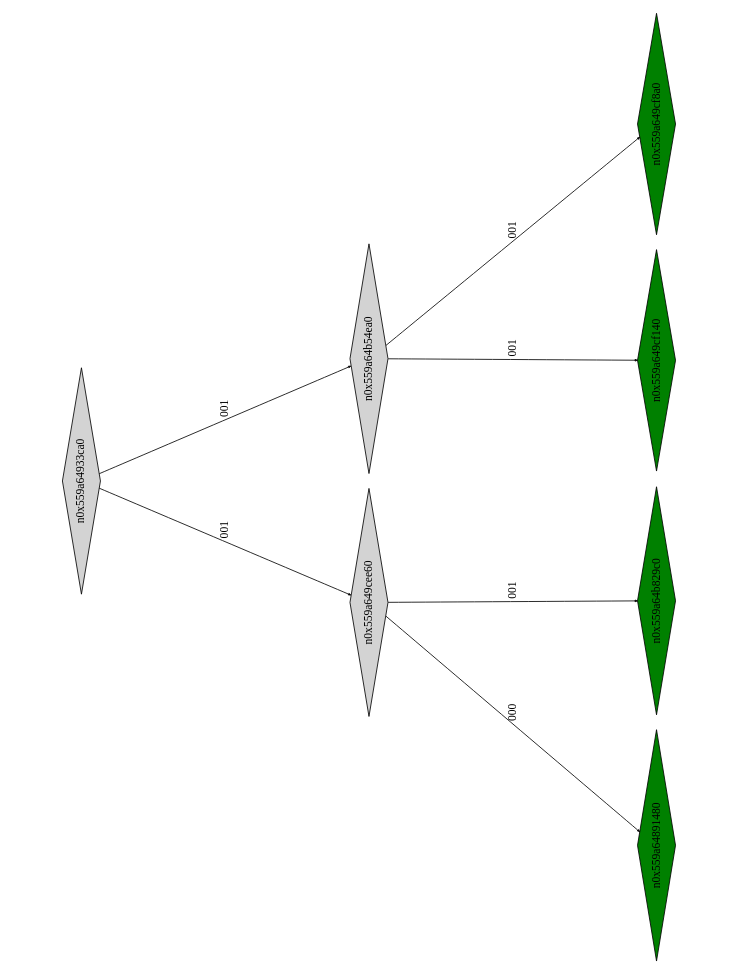
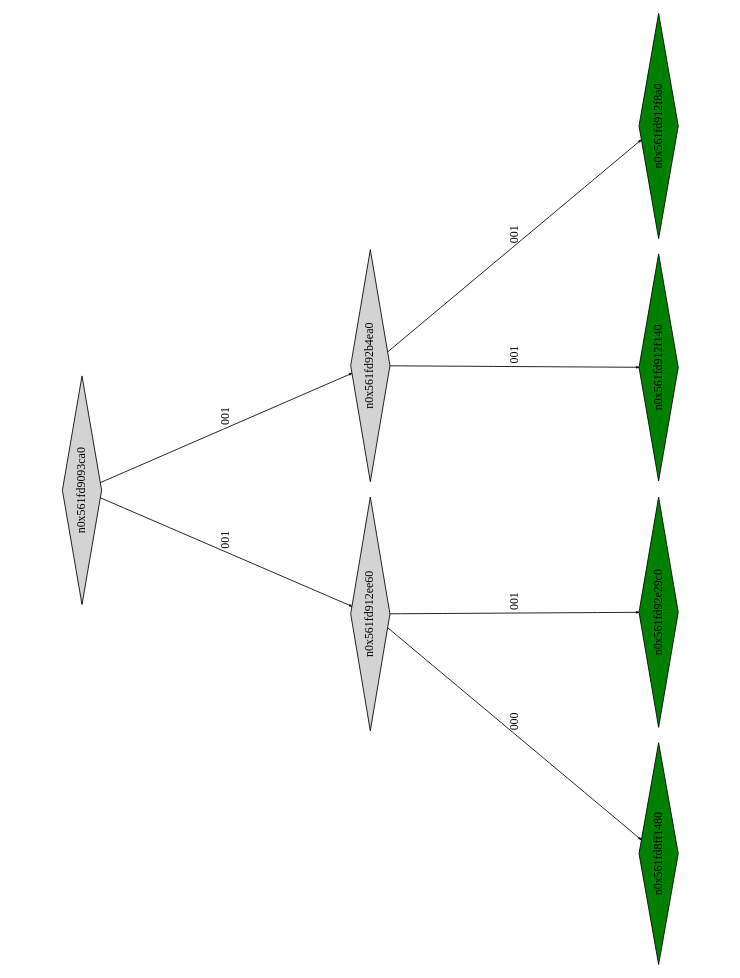
Before and after one commit to Research-Tools-PAVT/PSE-Program-Examples: the diagram in montyhall_klee_out/ptree_00001039.dot, drawn with Graphviz. The commit also changed 41 other files, not shown here.

```diff
--- a/montyhall_klee_out/ptree_00001039.dot
+++ b/montyhall_klee_out/ptree_00001039.dot
@@ -1,21 +1,21 @@
 digraph G {
 	size="10,7.5";
 	ratio=fill;
 	rotate=90;
 	center = "true";
 	node [style="filled",width=.1,height=.1,fontname="Terminus"]
 	edge [arrowsize=.3]
-	n0x559a64933ca0 [shape=diamond];
-	n0x559a64933ca0 -> n0x559a649cee60 [label=001];
-	n0x559a64933ca0 -> n0x559a64b54ea0 [label=001];
-	n0x559a64b54ea0 [shape=diamond];
-	n0x559a64b54ea0 -> n0x559a649cf140 [label=001];
-	n0x559a64b54ea0 -> n0x559a649cf8a0 [label=001];
-	n0x559a649cf8a0 [shape=diamond,fillcolor=green];
-	n0x559a649cf140 [shape=diamond,fillcolor=green];
-	n0x559a649cee60 [shape=diamond];
-	n0x559a649cee60 -> n0x559a64891480 [label=000];
-	n0x559a649cee60 -> n0x559a64b829c0 [label=001];
-	n0x559a64b829c0 [shape=diamond,fillcolor=green];
-	n0x559a64891480 [shape=diamond,fillcolor=green];
+	n0x561fd9093ca0 [shape=diamond];
+	n0x561fd9093ca0 -> n0x561fd912ee60 [label=001];
+	n0x561fd9093ca0 -> n0x561fd92b4ea0 [label=001];
+	n0x561fd92b4ea0 [shape=diamond];
+	n0x561fd92b4ea0 -> n0x561fd912f140 [label=001];
+	n0x561fd92b4ea0 -> n0x561fd912f8a0 [label=001];
+	n0x561fd912f8a0 [shape=diamond,fillcolor=green];
+	n0x561fd912f140 [shape=diamond,fillcolor=green];
+	n0x561fd912ee60 [shape=diamond];
+	n0x561fd912ee60 -> n0x561fd8ff1480 [label=000];
+	n0x561fd912ee60 -> n0x561fd92e29c0 [label=001];
+	n0x561fd92e29c0 [shape=diamond,fillcolor=green];
+	n0x561fd8ff1480 [shape=diamond,fillcolor=green];
 }
```
